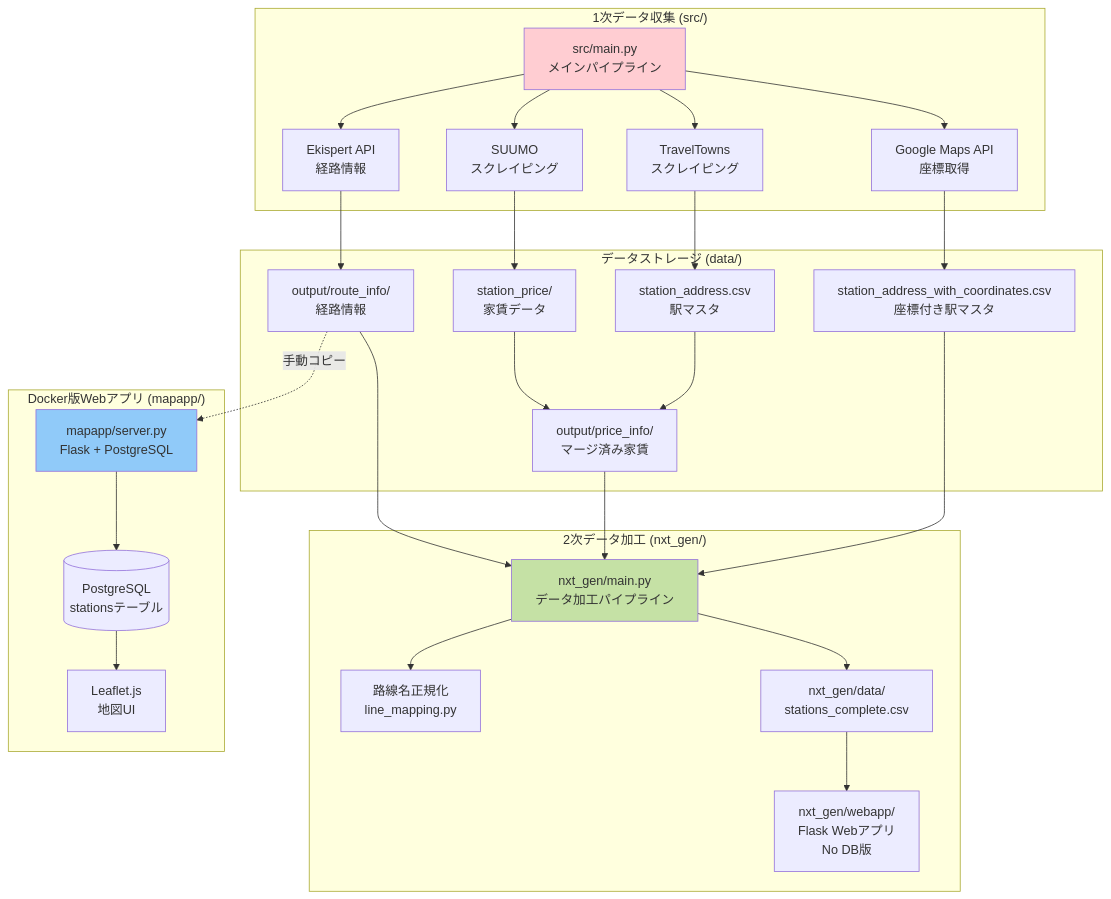
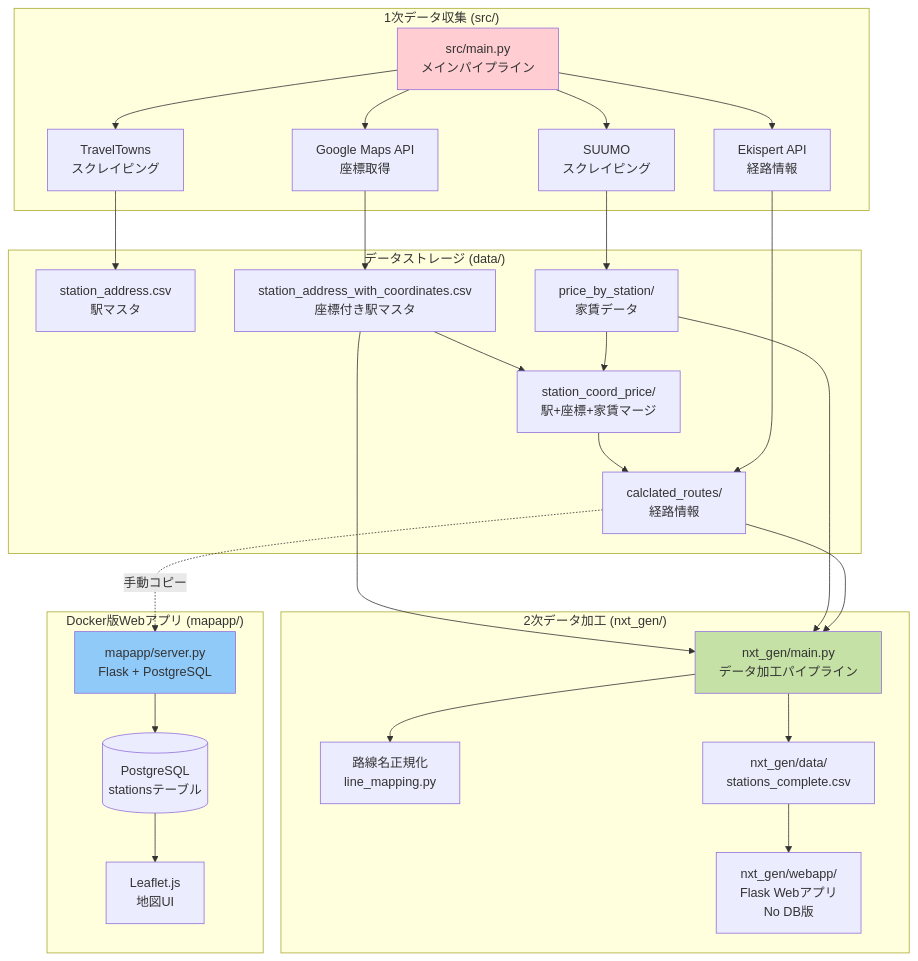
The first of 5 diagrams in PROJECT_OVERVIEW.md (masa350z/stationscraper), drawn with Mermaid before and after one commit. The commit also changed other lines of this file and 37 other files, not shown here.

````diff
--- a/PROJECT_OVERVIEW.md
+++ b/PROJECT_OVERVIEW.md
@@ -19,59 +19,60 @@
 ```mermaid
 graph TB
     subgraph "1次データ収集 (src/)"
         SRC[src/main.py<br/>メインパイプライン]
         SCRAPER1[TravelTowns<br/>スクレイピング]
         SCRAPER2[SUUMO<br/>スクレイピング]
         API1[Ekispert API<br/>経路情報]
         API2[Google Maps API<br/>座標取得]
 
         SRC --> SCRAPER1
         SRC --> SCRAPER2
         SRC --> API1
         SRC --> API2
     end
 
     subgraph "データストレージ (data/)"
         D1[station_address.csv<br/>駅マスタ]
-        D2[station_price/<br/>家賃データ]
-        D3[output/price_info/<br/>マージ済み家賃]
-        D4[output/route_info/<br/>経路情報]
+        D2[price_by_station/<br/>家賃データ]
+        D3[station_coord_price/<br/>駅+座標+家賃マージ]
+        D4[calclated_routes/<br/>経路情報]
         D5[station_address_with_coordinates.csv<br/>座標付き駅マスタ]
 
         SCRAPER1 --> D1
         SCRAPER2 --> D2
-        D1 --> D3
+        API2 --> D5
+        D5 --> D3
         D2 --> D3
+        D3 --> D4
         API1 --> D4
-        API2 --> D5
     end
 
     subgraph "2次データ加工 (nxt_gen/)"
         NXT[nxt_gen/main.py<br/>データ加工パイプライン]
         NXT_NORM[路線名正規化<br/>line_mapping.py]
         NXT_OUT[nxt_gen/data/<br/>stations_complete.csv]
         NXT_WEB[nxt_gen/webapp/<br/>Flask Webアプリ<br/>No DB版]
 
         D5 --> NXT
-        D3 --> NXT
+        D2 --> NXT
         D4 --> NXT
         NXT --> NXT_NORM
         NXT --> NXT_OUT
         NXT_OUT --> NXT_WEB
     end
 
     subgraph "Docker版Webアプリ (mapapp/)"
         MAP_WEB[mapapp/server.py<br/>Flask + PostgreSQL]
         MAP_DB[(PostgreSQL<br/>stationsテーブル)]
         MAP_FRONT[Leaflet.js<br/>地図UI]
 
         D4 -.手動コピー.-> MAP_WEB
         MAP_WEB --> MAP_DB
         MAP_DB --> MAP_FRONT
     end
 
     %% スタイル
     style SRC fill:#ffcdd2
     style NXT fill:#c5e1a5
     style MAP_WEB fill:#90caf9
 ```
````
